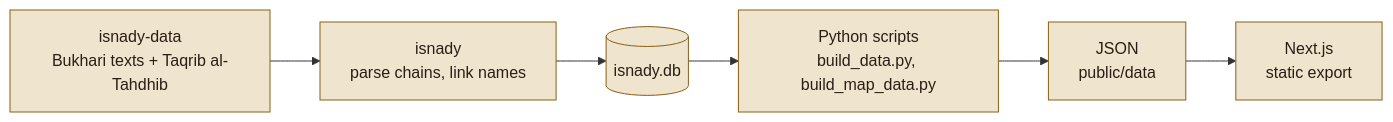
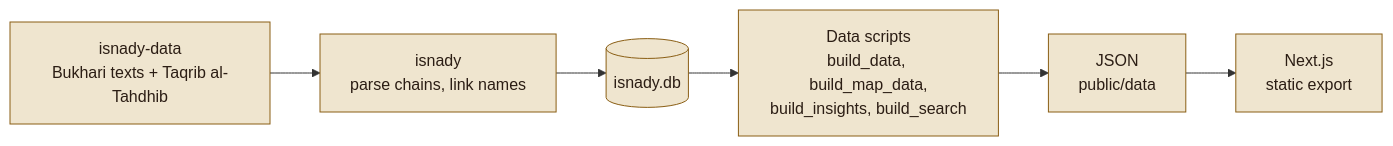
One commit to z-Pearlina/sanad changed the diagram in README.md. Above: the diagram before and after it, drawn with Mermaid. The commit also changed other lines of this file and 7 other files, not shown here.

Commit message:
Document the phone experience, time, search and insights pages

````diff
--- a/README.md
+++ b/README.md
@@ -70,10 +77,10 @@
 ```mermaid
 flowchart LR
   A["isnady-data<br/>Bukhari texts + Taqrib al-Tahdhib"] --> B["isnady<br/>parse chains, link names"]
   B --> C[("isnady.db")]
-  C --> D["Python scripts<br/>build_data.py, build_map_data.py"]
+  C --> D["Data scripts<br/>build_data, build_map_data,<br/>build_insights, build_search"]
   D --> E["JSON<br/>public/data"]
   E --> F["Next.js<br/>static export"]
   classDef leaf fill:#EFE5CF,stroke:#8A5E14,color:#2B1D14
   class A,B,C,D,E,F leaf
 ```
````
